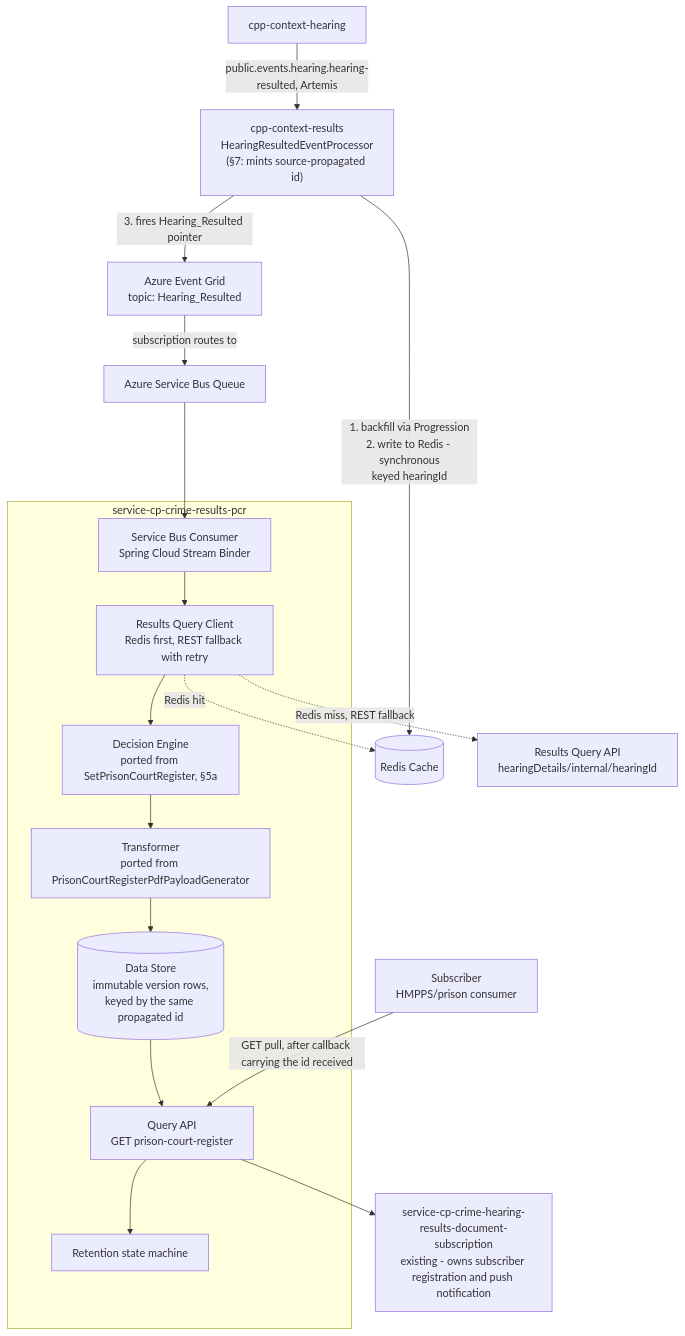
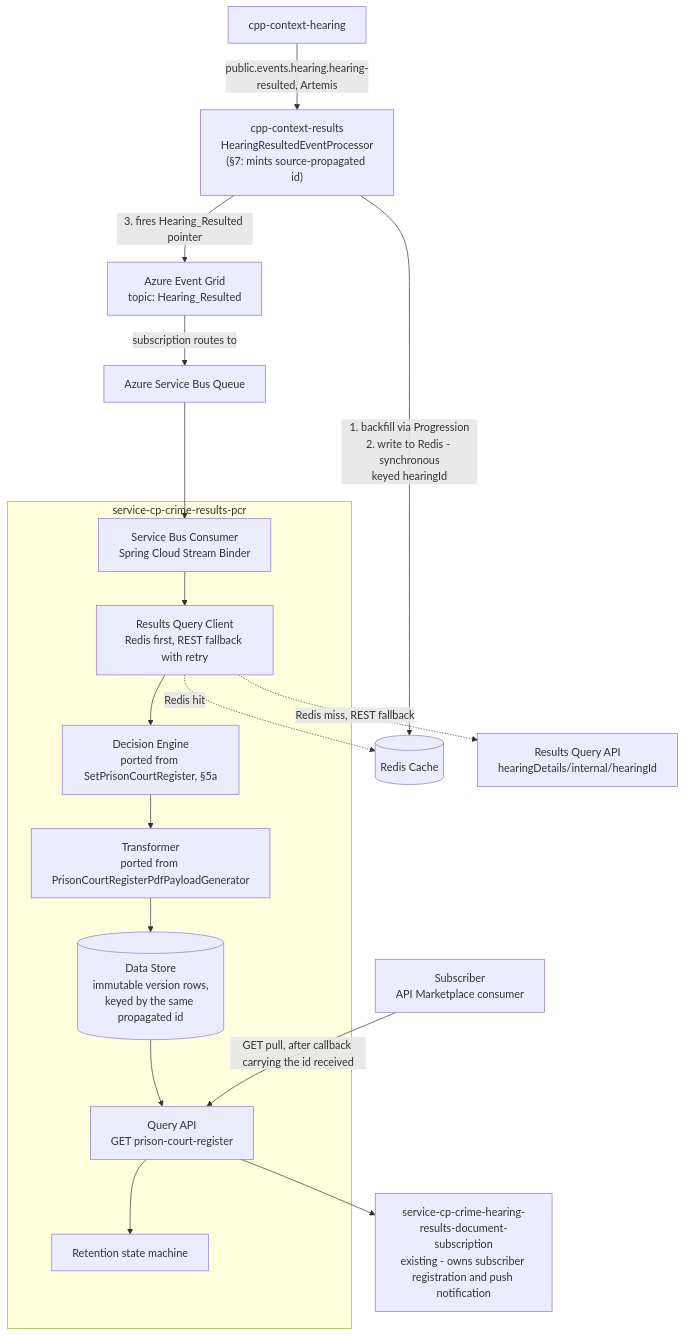
One commit to hmcts/service-cp-crime-results-pcr changed the first of 3 diagrams in docs/2026-07-16-pcr-api-marketplace-design-v2.md. Above: the diagram before and after it, drawn with Mermaid. The commit also changed other lines of this file and 4 other files, not shown here.

````diff
--- a/docs/2026-07-16-pcr-api-marketplace-design-v2.md
+++ b/docs/2026-07-16-pcr-api-marketplace-design-v2.md
@@ -31,24 +31,24 @@
 ```mermaid
 flowchart TB
     Hearing["cpp-context-hearing"] -->|"public.events.hearing.hearing-resulted, Artemis"| Results["cpp-context-results<br/>HearingResultedEventProcessor<br/>(§7: mints source-propagated id)"]
     Results -->|"1. backfill via Progression<br/>2. write to Redis - synchronous<br/>keyed hearingId"| Redis[("Redis Cache")]
     Results -->|"3. fires Hearing_Resulted pointer"| Grid["Azure Event Grid<br/>topic: Hearing_Resulted"]
     Grid -->|"subscription routes to"| Bus["Azure Service Bus Queue"]
     Bus --> Consumer
 
     subgraph PCR["service-cp-crime-results-pcr"]
         Consumer["Service Bus Consumer<br/>Spring Cloud Stream Binder"] --> Query["Results Query Client<br/>Redis first, REST fallback with retry"]
         Query --> Decision["Decision Engine<br/>ported from SetPrisonCourtRegister, §5a"]
         Decision --> Transform["Transformer<br/>ported from PrisonCourtRegisterPdfPayloadGenerator"]
         Transform --> Store[("Data Store<br/>immutable version rows,<br/>keyed by the same propagated id")]
         Store --> API["Query API<br/>GET prison-court-register"]
         API --> Retention["Retention state machine"]
     end
 
     Query -.->|"Redis hit"| Redis
     Query -.->|"Redis miss, REST fallback"| ResultsAPI["Results Query API<br/>hearingDetails/internal/hearingId"]
 
     API --> Subscription["service-cp-crime-hearing-results-document-subscription<br/>existing - owns subscriber registration and push notification"]
 
-    Subscriber["Subscriber<br/>HMPPS/prison consumer"] -->|"GET pull, after callback carrying the id received"| API
+    Subscriber["Subscriber<br/>API Marketplace consumer"] -->|"GET pull, after callback carrying the id received"| API
 ```
````
